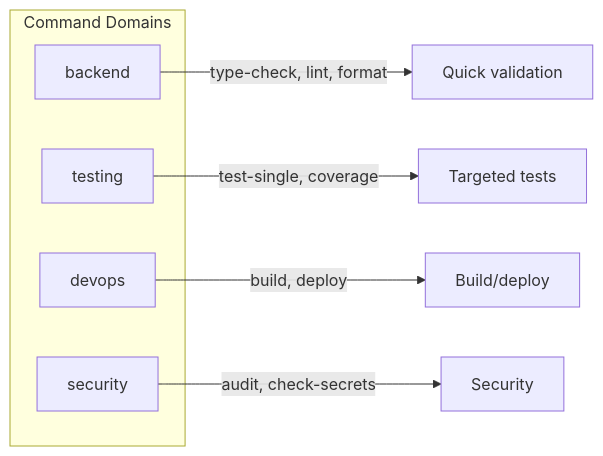
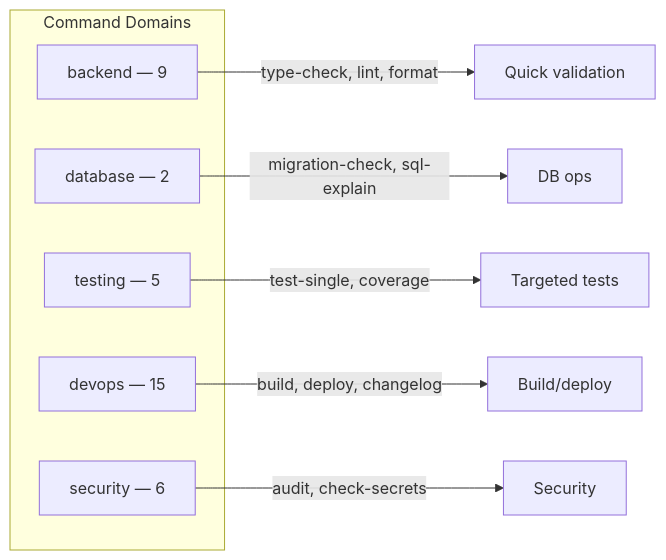
One commit to girijashankarj/cursor-handbook changed the diagram in docs/components/commands.md. Above: the diagram before and after it, drawn with Mermaid. The commit also changed other lines of this file and 189 other files, not shown here.

````diff
--- a/docs/components/commands.md
+++ b/docs/components/commands.md
@@ -12,13 +14,15 @@
 ```mermaid
 flowchart LR
     subgraph CmdDomains [Command Domains]
-        BE[backend]
-        TST[testing]
-        DO[devops]
-        SEC[security]
+        BE[backend — 9]
+        DB[database — 2]
+        TST[testing — 5]
+        DO[devops — 15]
+        SEC[security — 6]
     end
     BE --> |type-check, lint, format| C1[Quick validation]
-    TST --> |test-single, coverage| C2[Targeted tests]
-    DO --> |build, deploy| C3[Build/deploy]
-    SEC --> |audit, check-secrets| C4[Security]
+    DB --> |migration-check, sql-explain| C2[DB ops]
+    TST --> |test-single, coverage| C3[Targeted tests]
+    DO --> |build, deploy, changelog| C4[Build/deploy]
+    SEC --> |audit, check-secrets| C5[Security]
 ```
````
